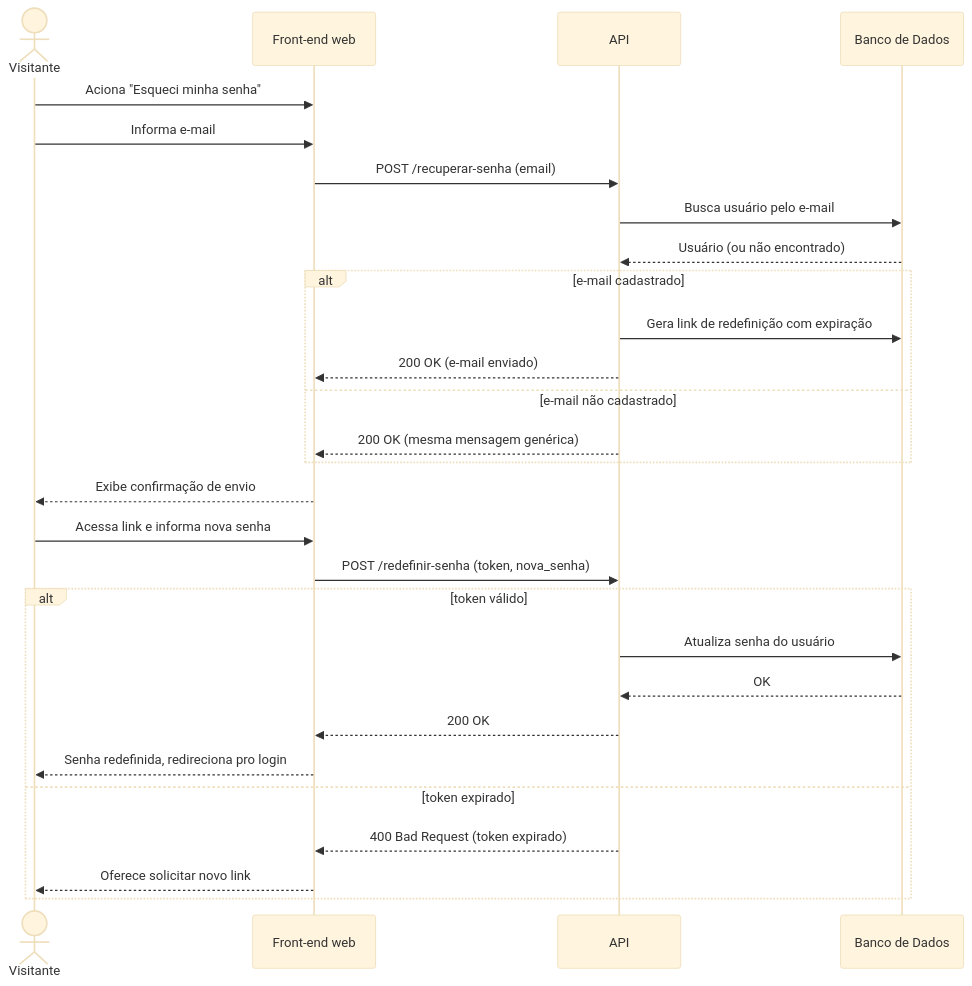
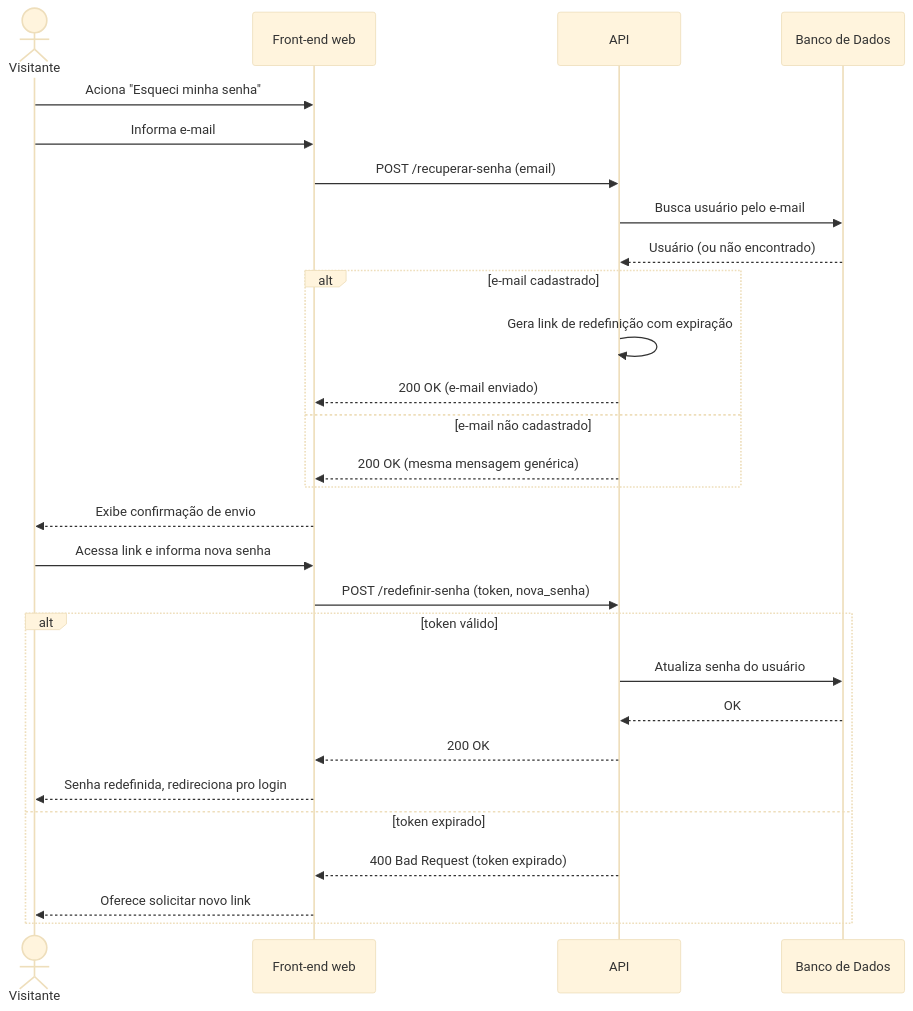
The diagram in docs/ssd/UC011-recuperar-senha.md (Plataforma-de-Cursos-TCC/plataforma-cursos-docs), drawn with Mermaid (base theme) before and after one commit. The commit also changed other lines of this file and 12 other files, not shown here.

First line of the commit message:
Reconcile sequence and class diagrams with v11 figures

````diff
--- a/docs/ssd/UC011-recuperar-senha.md
+++ b/docs/ssd/UC011-recuperar-senha.md
@@ -6,31 +5,31 @@
 ```mermaid
 sequenceDiagram
     actor Visitante
     participant FE as Front-end web
     participant API
     participant DB as Banco de Dados
 
     Visitante->>FE: Aciona "Esqueci minha senha"
     Visitante->>FE: Informa e-mail
     FE->>API: POST /recuperar-senha (email)
     API->>DB: Busca usuário pelo e-mail
     DB-->>API: Usuário (ou não encontrado)
     alt e-mail cadastrado
-        API->>DB: Gera link de redefinição com expiração
+        API->>API: Gera link de redefinição com expiração
         API-->>FE: 200 OK (e-mail enviado)
     else e-mail não cadastrado
         API-->>FE: 200 OK (mesma mensagem genérica)
     end
     FE-->>Visitante: Exibe confirmação de envio
     Visitante->>FE: Acessa link e informa nova senha
     FE->>API: POST /redefinir-senha (token, nova_senha)
     alt token válido
         API->>DB: Atualiza senha do usuário
         DB-->>API: OK
         API-->>FE: 200 OK
         FE-->>Visitante: Senha redefinida, redireciona pro login
     else token expirado
         API-->>FE: 400 Bad Request (token expirado)
         FE-->>Visitante: Oferece solicitar novo link
     end
 ```
````
